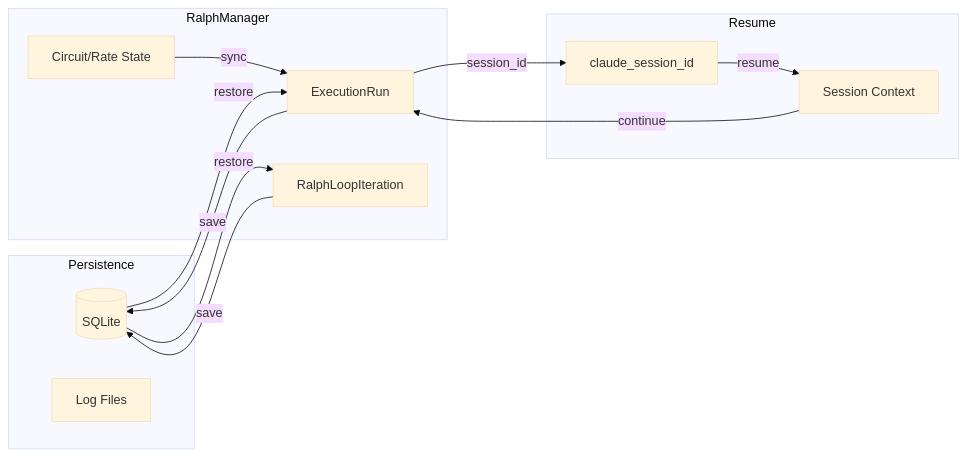
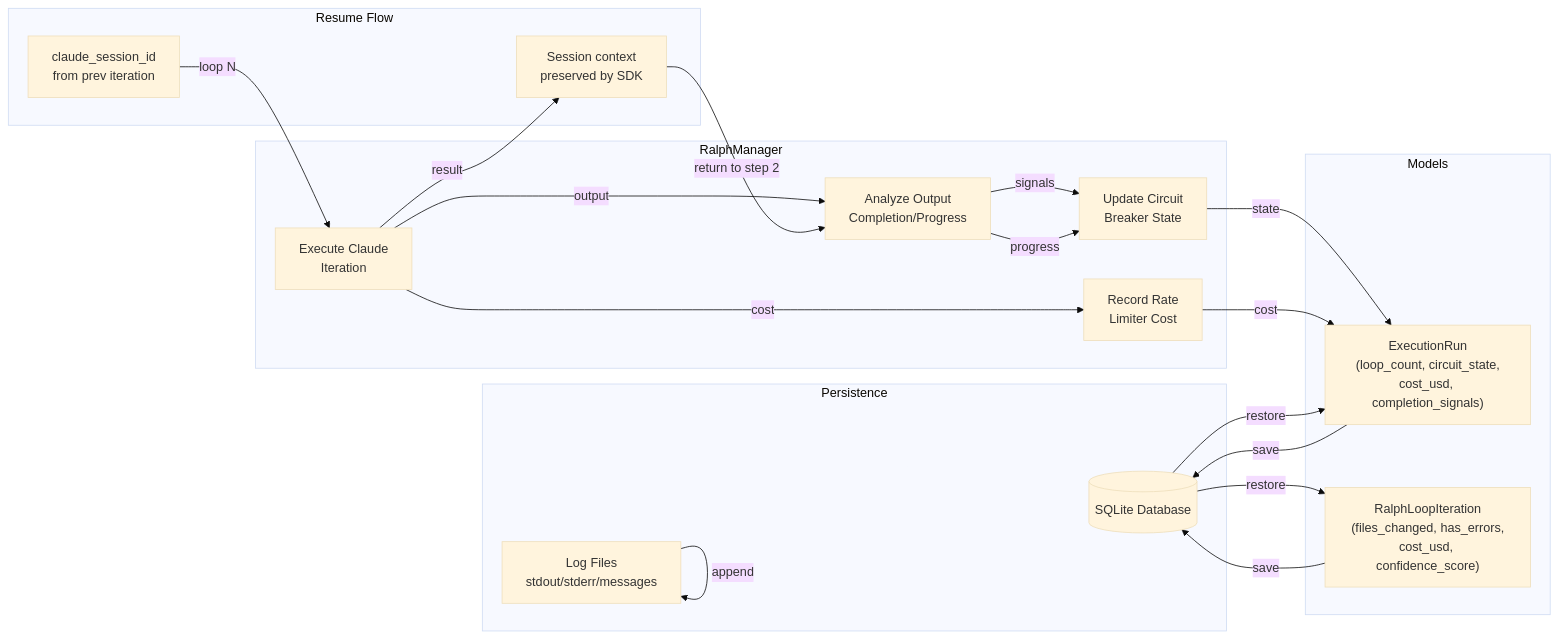
Before and after one commit to carrotly-ai/gluon-agent: the seventh of 8 diagrams in docs/RALPH-LOOP.md, drawn with Mermaid (base theme). The commit also changed other lines of this file, not shown here.

First line of the commit message:
docs: update RALPH-LOOP.md with current implementation details

````diff
--- a/docs/RALPH-LOOP.md
+++ b/docs/RALPH-LOOP.md
@@ -415,29 +590,41 @@
 ```mermaid
 flowchart LR
     subgraph Persistence
-        DB[(SQLite)]
-        LOG[Log Files]
+        DB[(SQLite Database)]
+        LOG[Log Files<br/>stdout/stderr/messages]
     end
 
     subgraph RalphManager
-        RUN[ExecutionRun]
-        ITER[RalphLoopIteration]
-        STATE[Circuit/Rate State]
+        EXEC["Execute Claude<br/>Iteration"]
+        ANALYZE["Analyze Output<br/>Completion/Progress"]
+        CB["Update Circuit<br/>Breaker State"]
+        RL["Record Rate<br/>Limiter Cost"]
     end
 
-    subgraph Resume
-        SID[claude_session_id]
-        CTX[Session Context]
+    subgraph Models
+        RUN["ExecutionRun<br/>(loop_count, circuit_state,<br/>cost_usd, completion_signals)"]
+        ITER["RalphLoopIteration<br/>(files_changed, has_errors,<br/>cost_usd, confidence_score)"]
     end
 
+    subgraph Resume Flow
+        SID["claude_session_id<br/>from prev iteration"]
+        CTX["Session context<br/>preserved by SDK"]
+    end
+
+    EXEC -->|output| ANALYZE
+    ANALYZE -->|signals| CB
+    EXEC -->|cost| RL
+    ANALYZE -->|progress| CB
+
+    CB -->|state| RUN
+    RL -->|cost| RUN
     RUN -->|save| DB
     ITER -->|save| DB
-    STATE -->|sync| RUN
+    LOG -->|append| LOG
 
     DB -->|restore| RUN
     DB -->|restore| ITER
-
-    RUN -->|session_id| SID
-    SID -->|resume| CTX
-    CTX -->|continue| RUN
+    SID -->|loop N| EXEC
+    EXEC -->|result| CTX
+    CTX -->|return to step 2| ANALYZE
 ```
````
